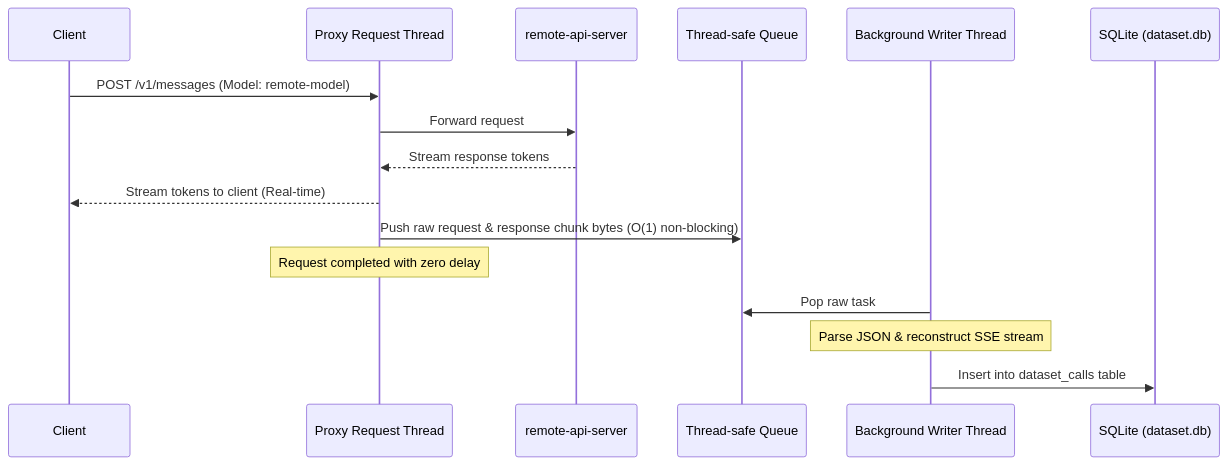
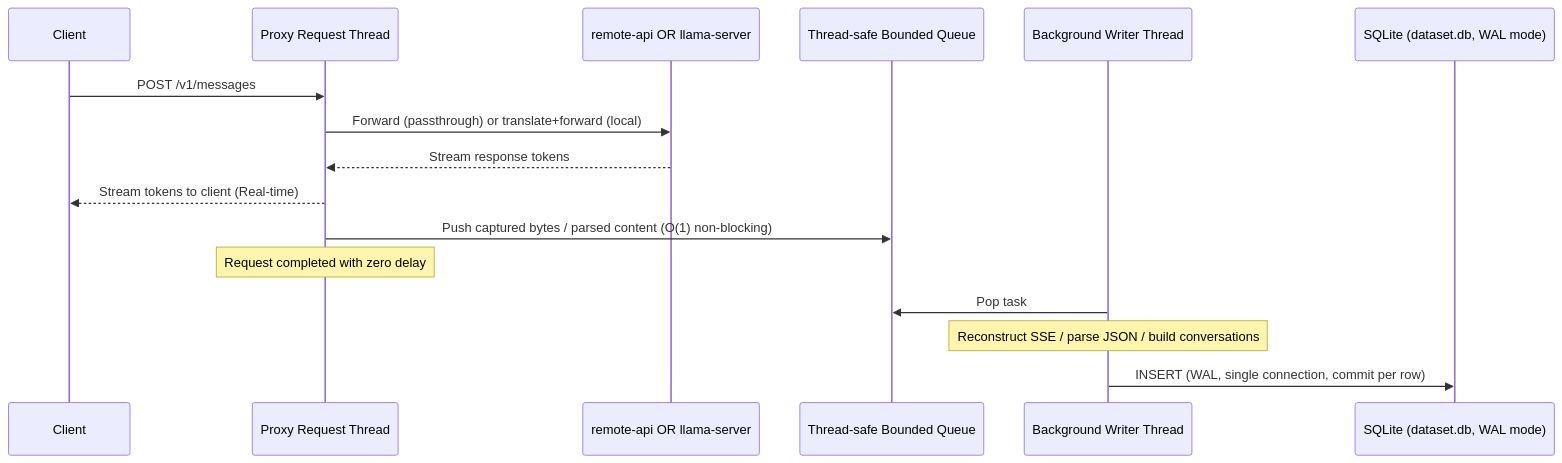
One commit to highercomve/highllama changed the diagram in dataset_logging.md. Above: the diagram before and after it, drawn with Mermaid. The commit also changed other lines of this file and 5 other files, not shown here.

First line of the commit message:
fix(localagent): capture local-model calls + harden dataset writer

````diff
--- a/dataset_logging.md
+++ b/dataset_logging.md
@@ -10,19 +14,19 @@
 ```mermaid
 sequenceDiagram
     participant Client as Client
     participant Proxy as Proxy Request Thread
-    participant Upstream as remote-api-server
-    participant Queue as Thread-safe Queue
+    participant Upstream as remote-api OR llama-server
+    participant Queue as Thread-safe Bounded Queue
     participant Worker as Background Writer Thread
-    participant DB as SQLite (dataset.db)
+    participant DB as SQLite (dataset.db, WAL mode)
 
-    Client->>Proxy: POST /v1/messages (Model: remote-model)
-    Proxy->>Upstream: Forward request
+    Client->>Proxy: POST /v1/messages
+    Proxy->>Upstream: Forward (passthrough) or translate+forward (local)
     Upstream-->>Proxy: Stream response tokens
     Proxy-->>Client: Stream tokens to client (Real-time)
-    Proxy->>Queue: Push raw request & response chunk bytes (O(1) non-blocking)
+    Proxy->>Queue: Push captured bytes / parsed content (O(1) non-blocking)
     Note over Proxy: Request completed with zero delay
-    Worker->>Queue: Pop raw task
-    Note over Worker: Parse JSON & reconstruct SSE stream
-    Worker->>DB: Insert into dataset_calls table
+    Worker->>Queue: Pop task
+    Note over Worker: Reconstruct SSE / parse JSON / build conversations
+    Worker->>DB: INSERT (WAL, single connection, commit per row)
 ```
````
